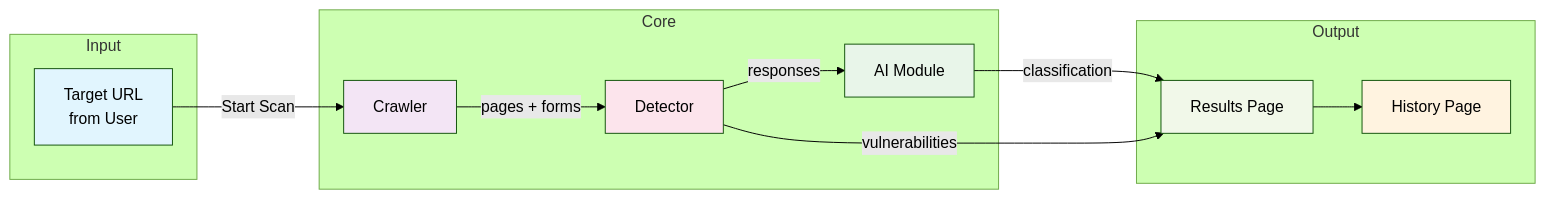
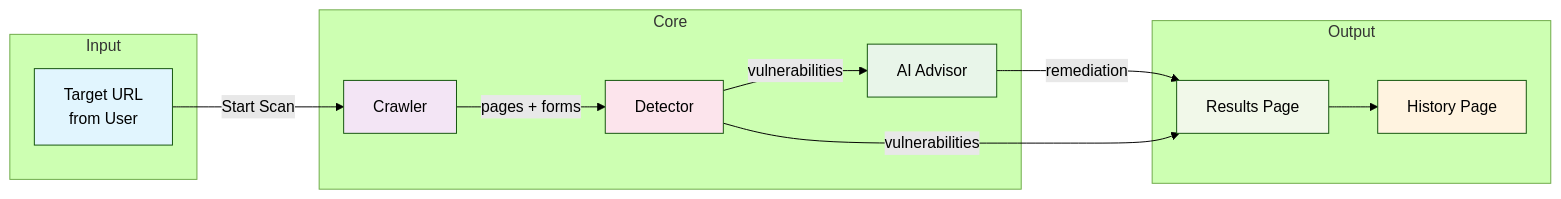
The fourth of 4 diagrams in docs/diagrams/architecture.md (longduc205/DoAnII), drawn with Mermaid (forest theme) before and after one commit. The commit also changed other lines of this file and 7 other files, not shown here.

Commit message:
[UPD] Cập nhật các UML

````diff
--- a/docs/diagrams/architecture.md
+++ b/docs/diagrams/architecture.md
@@ -224,31 +218,31 @@
 ```mermaid
 flowchart LR
     subgraph Input
         URL["Target URL\nfrom User"]
     end
 
     subgraph Core
         Crawler["Crawler"]
         Detector["Detector"]
-        AI["AI Module"]
+        AI["AI Advisor"]
     end
 
     subgraph Output
         Results["Results Page"]
         History["History Page"]
     end
 
     URL -->|Start Scan| Crawler
     Crawler -->|pages + forms| Detector
-    Detector -->|responses| AI
-    AI -->|classification| Results
+    Detector -->|vulnerabilities| AI
+    AI -->|remediation| Results
     Detector -->|vulnerabilities| Results
     Results --> History
 
     style URL fill:#e1f5fe
     style Results fill:#f1f8e9
     style History fill:#fff3e0
     style Crawler fill:#f3e5f5
     style Detector fill:#fce4ec
     style AI fill:#e8f5e9
 ```
````
